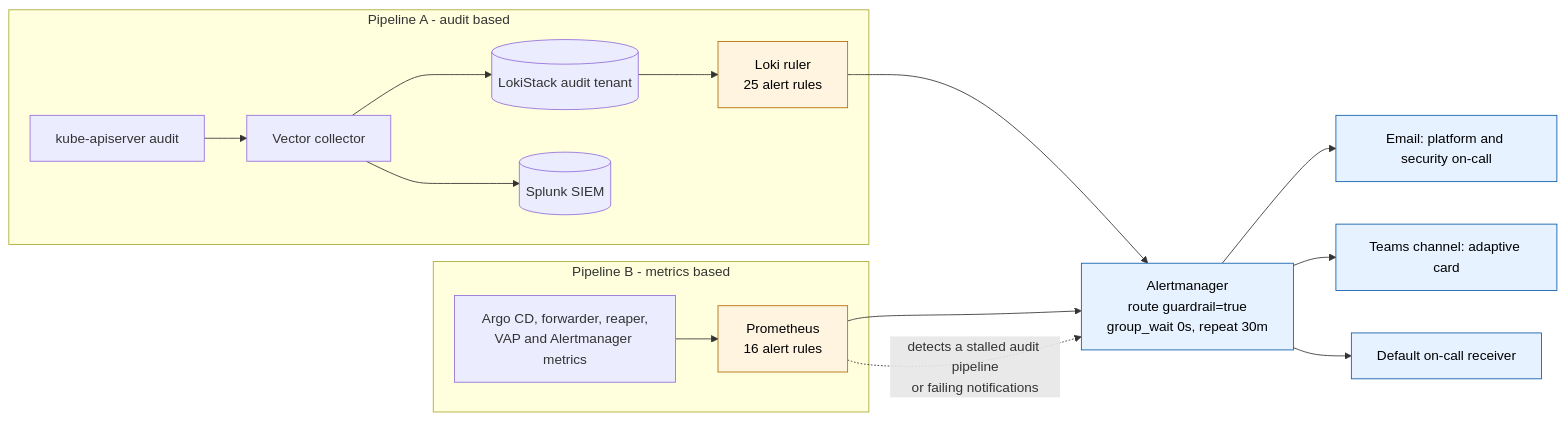
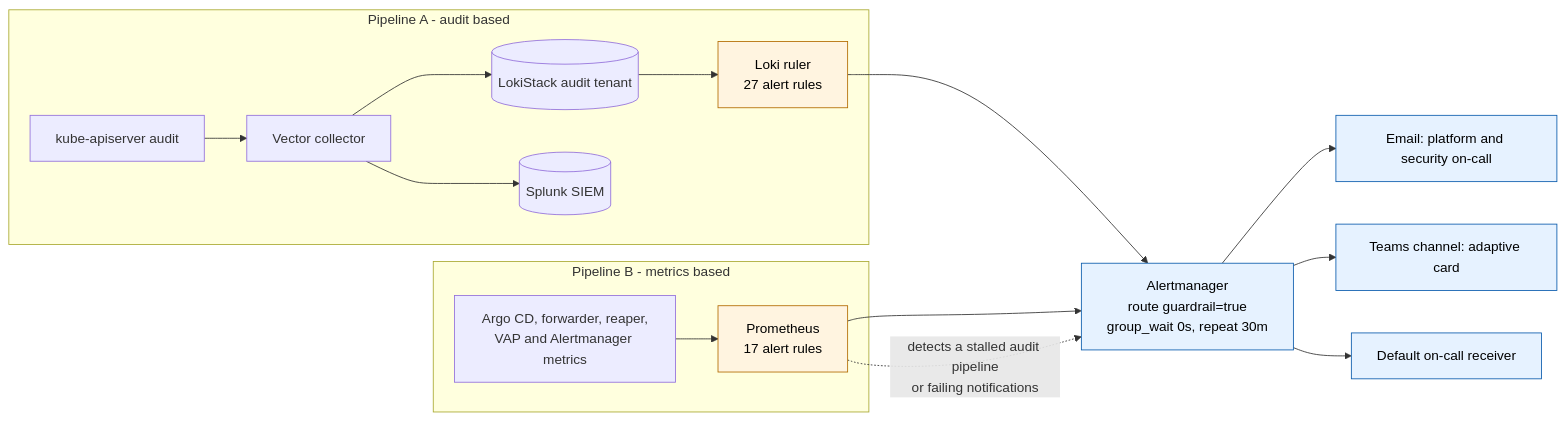
Diagram 11 of 13 in docs/18-the-story.md (a2z-ice/openshift-gaurdtail), drawn with Mermaid before and after one commit. The commit also changed other lines of this file and 42 other files, not shown here.

````diff
--- a/docs/18-the-story.md
+++ b/docs/18-the-story.md
@@ -541,22 +541,22 @@
 ```mermaid
 flowchart LR
     subgraph A["Pipeline A - audit based"]
         KAS["kube-apiserver audit"] --> VEC["Vector collector"]
         VEC --> LK[("LokiStack audit tenant")]
-        LK --> LR["Loki ruler<br/>25 alert rules"]
+        LK --> LR["Loki ruler<br/>27 alert rules"]
         VEC --> SPL[("Splunk SIEM")]
     end
     subgraph B["Pipeline B - metrics based"]
-        MET["Argo CD, forwarder, reaper,<br/>VAP and Alertmanager metrics"] --> PR["Prometheus<br/>16 alert rules"]
+        MET["Argo CD, forwarder, reaper,<br/>VAP and Alertmanager metrics"] --> PR["Prometheus<br/>17 alert rules"]
     end
     LR --> AM["Alertmanager<br/>route guardrail=true<br/>group_wait 0s, repeat 30m"]
     PR --> AM
     AM --> EM["Email: platform and security on-call"]
     AM --> TM["Teams channel: adaptive card"]
     AM --> DEF["Default on-call receiver"]
     PR -. "detects a stalled audit pipeline<br/>or failing notifications" .-> AM
     classDef detect fill:#fff4e0,stroke:#b36b00,color:#000
     classDef notify fill:#e6f2ff,stroke:#0b5cad,color:#000
     class LR,PR detect
     class AM,EM,TM,DEF notify
 ```
````
